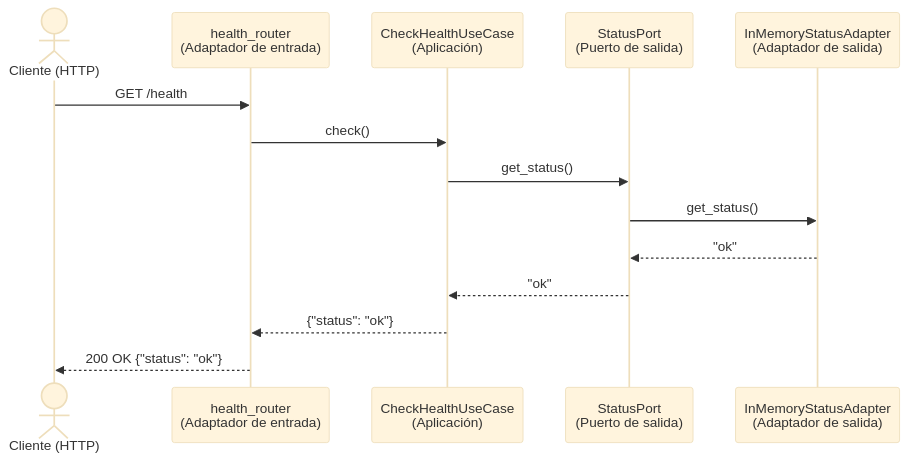
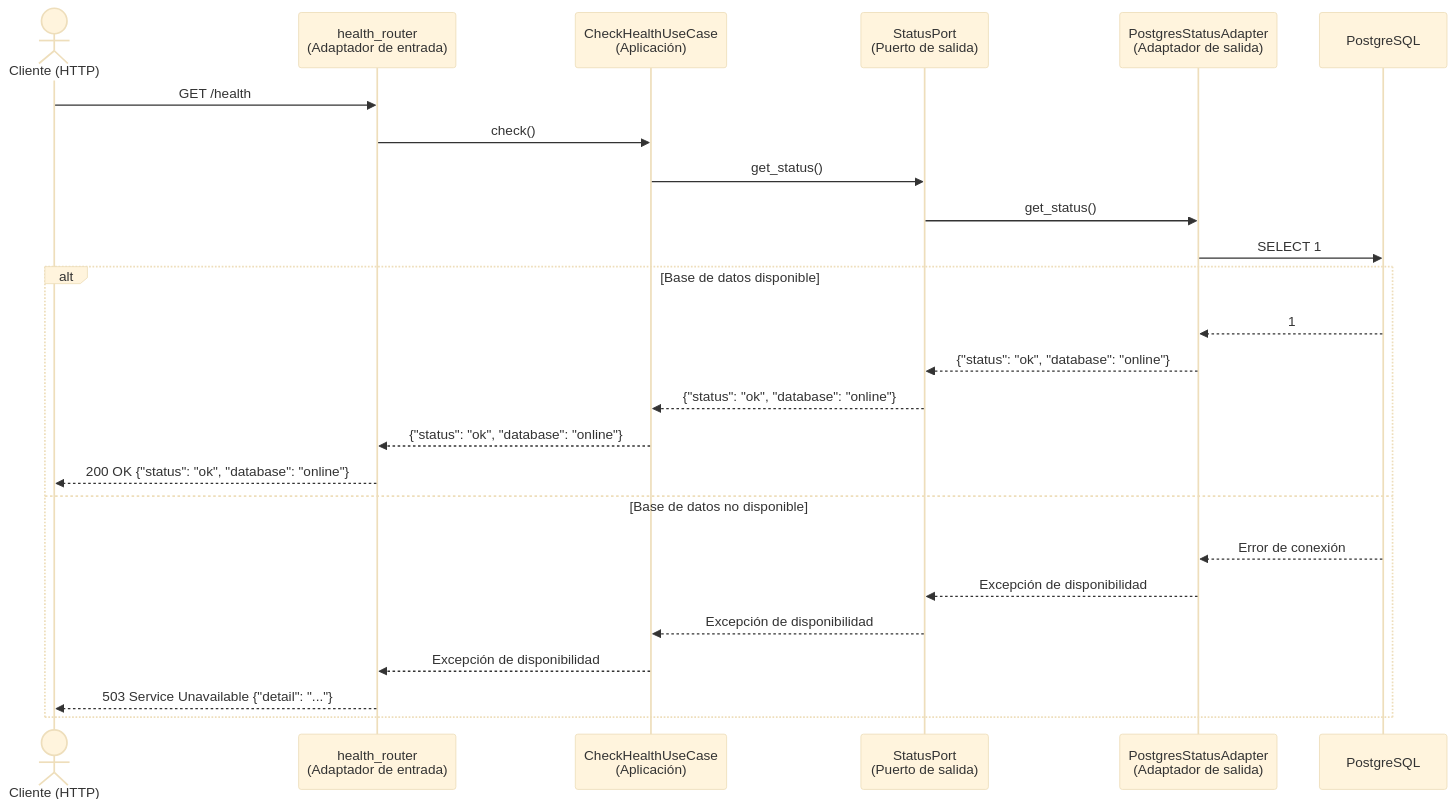
The first of 3 diagrams in docs/arc42/06_vista_de_ejecucion.md (ISCOUTB/AS_202620_Clubs_UTB), drawn with Mermaid (base theme) before and after one commit. The commit also changed other lines of this file and 20 other files, not shown here.

````diff
--- a/docs/arc42/06_vista_de_ejecucion.md
+++ b/docs/arc42/06_vista_de_ejecucion.md
@@ -7,17 +7,28 @@
 ```mermaid
 sequenceDiagram
     actor C as Cliente (HTTP)
     participant R as health_router<br/>(Adaptador de entrada)
     participant UC as CheckHealthUseCase<br/>(Aplicación)
     participant P as StatusPort<br/>(Puerto de salida)
-    participant A as InMemoryStatusAdapter<br/>(Adaptador de salida)
+    participant A as PostgresStatusAdapter<br/>(Adaptador de salida)
+    participant DB as PostgreSQL
 
     C->>R: GET /health
     R->>UC: check()
     UC->>P: get_status()
     P->>A: get_status()
-    A-->>P: "ok"
-    P-->>UC: "ok"
-    UC-->>R: {"status": "ok"}
-    R-->>C: 200 OK {"status": "ok"}
+    A->>DB: SELECT 1
+    alt Base de datos disponible
+        DB-->>A: 1
+        A-->>P: {"status": "ok", "database": "online"}
+        P-->>UC: {"status": "ok", "database": "online"}
+        UC-->>R: {"status": "ok", "database": "online"}
+        R-->>C: 200 OK {"status": "ok", "database": "online"}
+    else Base de datos no disponible
+        DB-->>A: Error de conexión
+        A-->>P: Excepción de disponibilidad
+        P-->>UC: Excepción de disponibilidad
+        UC-->>R: Excepción de disponibilidad
+        R-->>C: 503 Service Unavailable {"detail": "..."}
+    end
 ```
````
